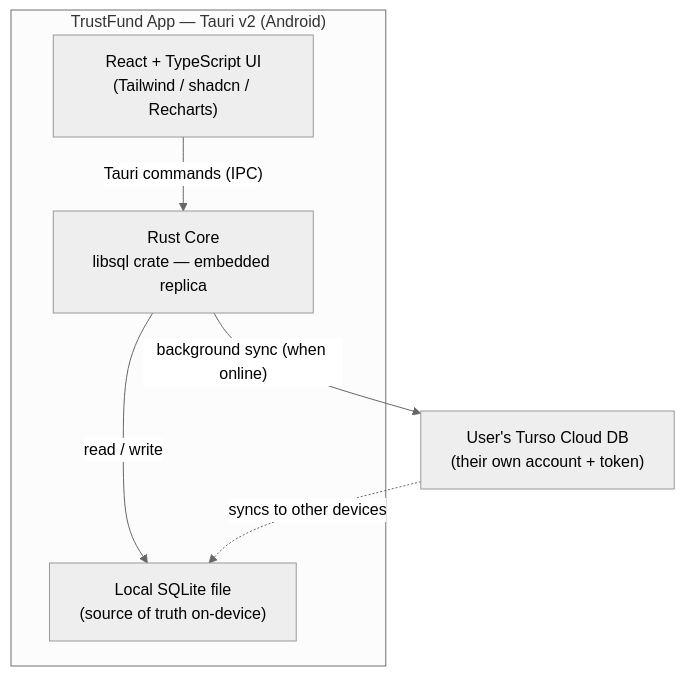
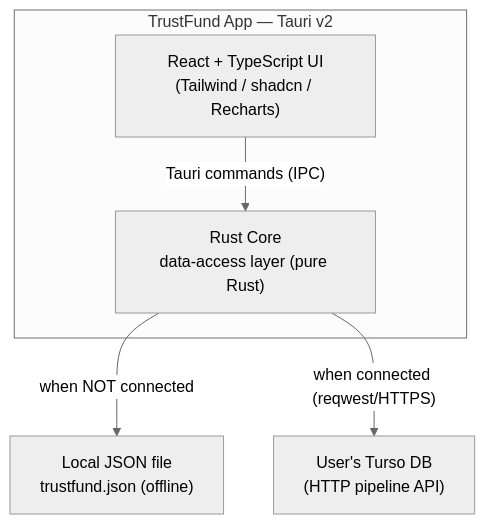
The first of 4 diagrams in docs/architecture.md (devravinder/project-trust-fund), drawn with Mermaid (neutral theme) before and after one commit. The commit also changed other lines of this file and 5 other files, not shown here.

````diff
--- a/docs/architecture.md
+++ b/docs/architecture.md
@@ -9,15 +24,14 @@
 ```mermaid
 flowchart TD
-    subgraph App["TrustFund App — Tauri v2 (Android)"]
+    subgraph App["TrustFund App — Tauri v2"]
         UI["React + TypeScript UI<br/>(Tailwind / shadcn / Recharts)"]
-        Core["Rust Core<br/>libsql crate — embedded replica"]
-        Local["Local SQLite file<br/>(source of truth on-device)"]
+        Core["Rust Core<br/>data-access layer (pure Rust)"]
         UI -- "Tauri commands (IPC)" --> Core
-        Core -- "read / write" --> Local
     end
 
-    Cloud["User's Turso Cloud DB<br/>(their own account + token)"]
+    Json["Local JSON file<br/>trustfund.json (offline)"]
+    Turso["User's Turso DB<br/>(HTTP pipeline API)"]
 
-    Core -- "background sync (when online)" --> Cloud
-    Cloud -. "syncs to other devices" .-> Local
+    Core -- "when NOT connected" --> Json
+    Core -- "when connected (reqwest/HTTPS)" --> Turso
 ```
````
